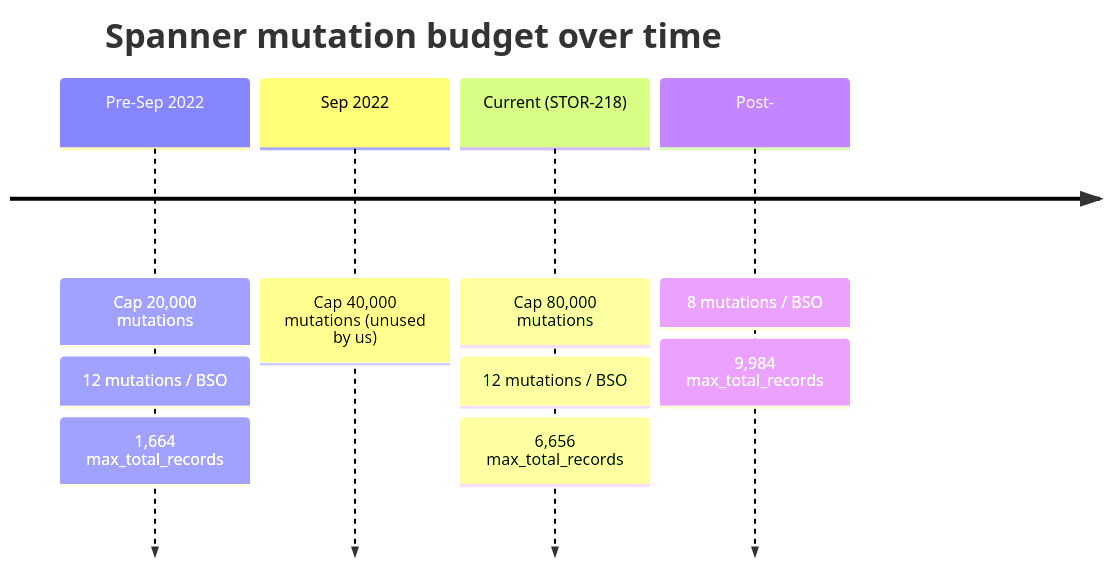
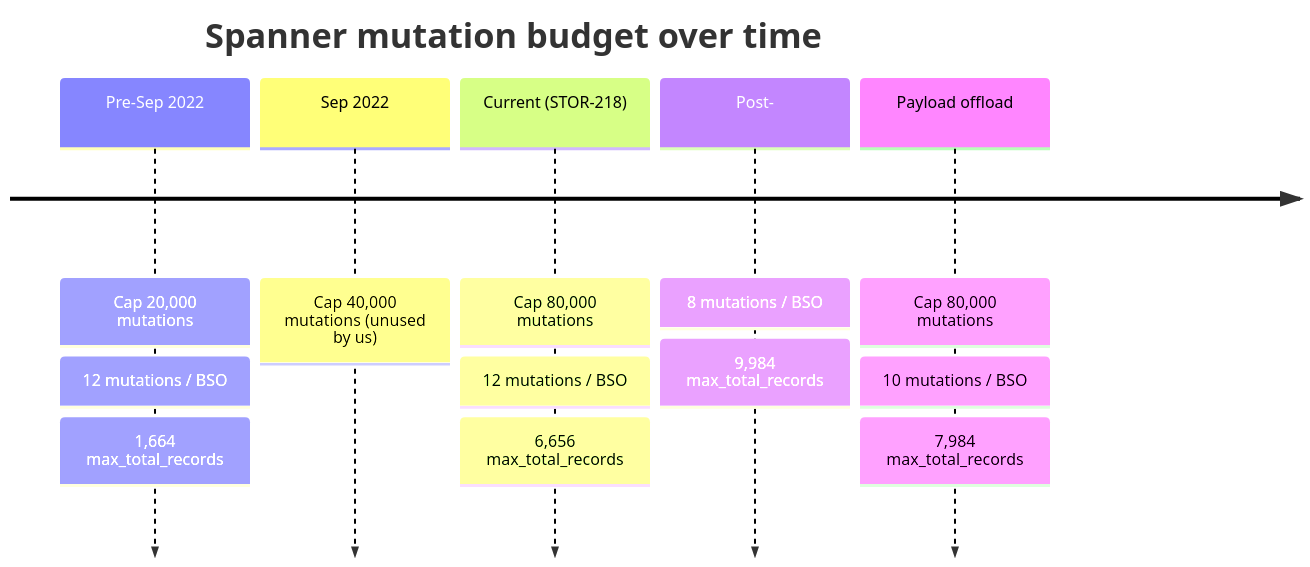
Before and after one commit to mozilla-services/syncstorage-rs: the first of 2 diagrams in docs/src/syncstorage/syncstorage-spanner-db.md, drawn with Mermaid. The commit also changed other lines of this file and 1 other file, not shown here.

First line of the commit message:
docs: recalculate mutations per new offloaded payload columns (#2792)

````diff
--- a/docs/src/syncstorage/syncstorage-spanner-db.md
+++ b/docs/src/syncstorage/syncstorage-spanner-db.md
@@ -241,14 +238,17 @@
 ```mermaid
 timeline
     title Spanner mutation budget over time
     Pre-Sep 2022       : Cap 20,000 mutations
                        : 12 mutations / BSO
                        : 1,664 max_total_records
     Sep 2022           : Cap 40,000 mutations (unused by us)
     Current (STOR-218) : Cap 80,000 mutations
                        : 12 mutations / BSO
                        : 6,656 max_total_records
     Post-#2382         : Cap 80,000 mutations
                        : 8 mutations / BSO
                        : 9,984 max_total_records
+    Payload offload    : Cap 80,000 mutations
+                       : 10 mutations / BSO
+                       : 7,984 max_total_records
 ```
````
